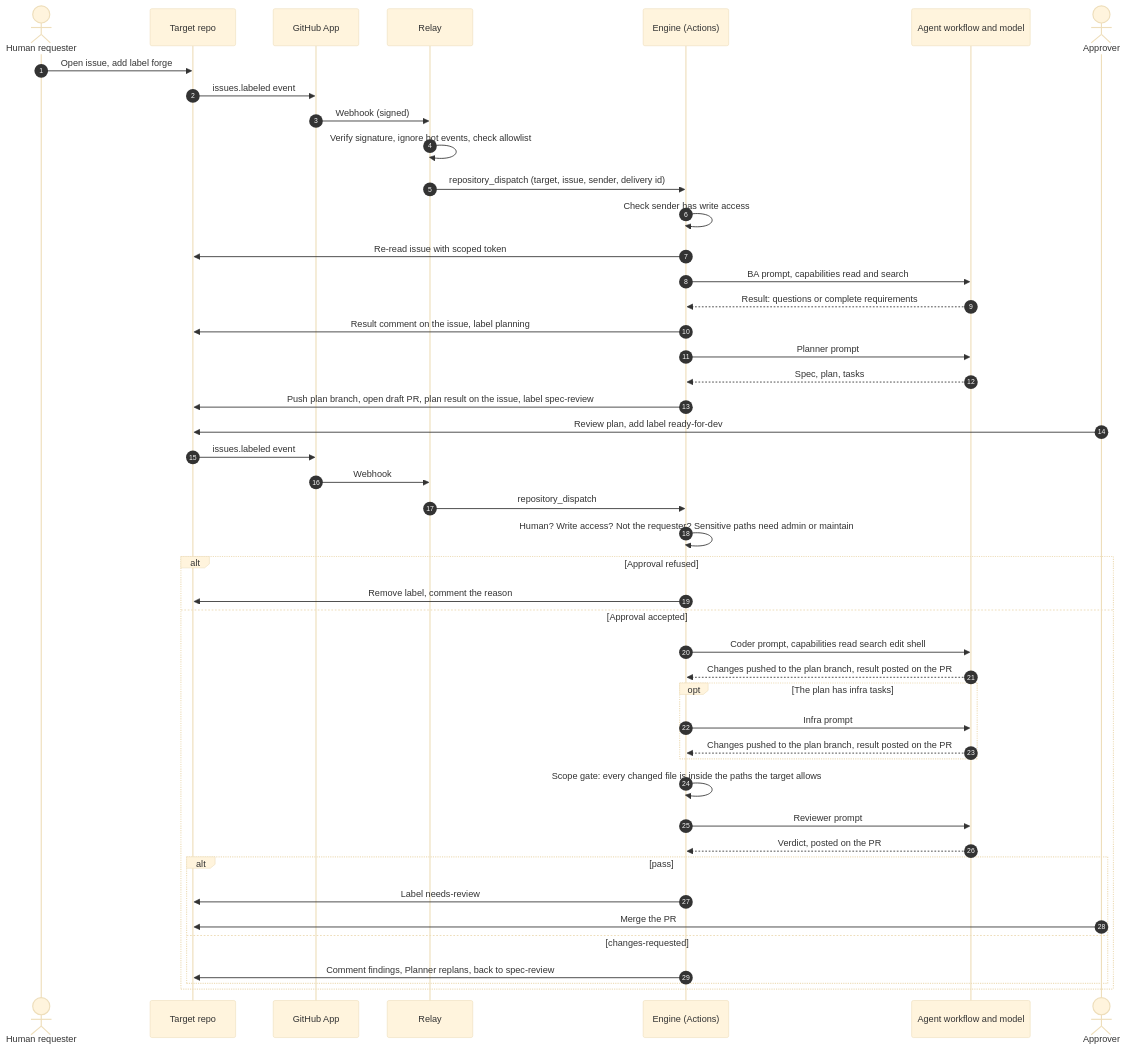
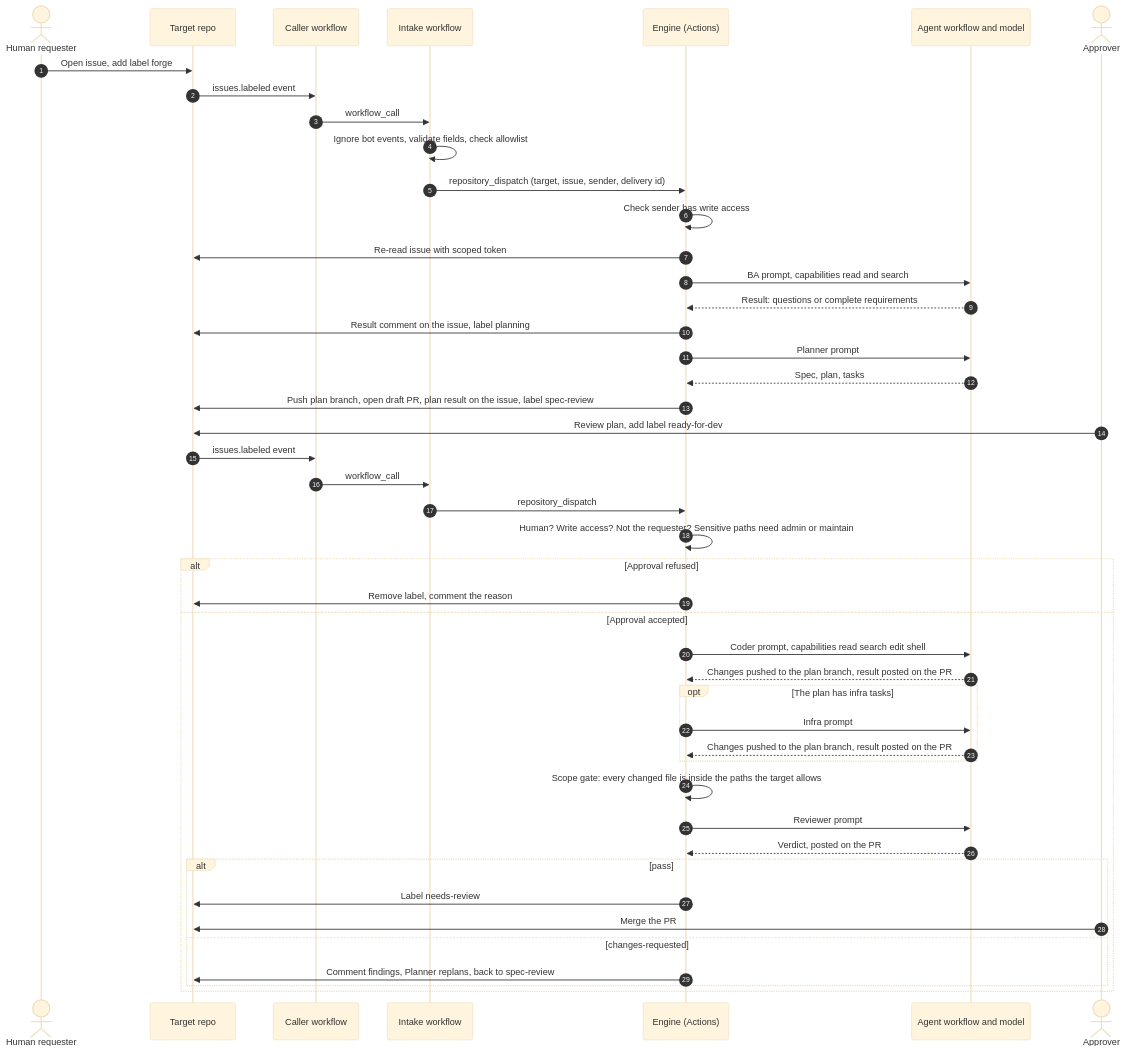
The second of 3 diagrams in README.md (LuisiitoDev/agentic-forge), drawn with Mermaid (base theme) before and after one commit. The commit also changed other lines of this file and 10 other files, not shown here.

````diff
--- a/README.md
+++ b/README.md
@@ -52,51 +54,51 @@
 ```mermaid
 sequenceDiagram
     autonumber
     actor H as Human requester
     participant T as Target repo
-    participant A as GitHub App
-    participant R as Relay
+    participant C as Caller workflow
+    participant R as Intake workflow
     participant E as Engine (Actions)
     participant M as Agent workflow and model
     actor O as Approver
 
     H->>T: Open issue, add label forge
-    T->>A: issues.labeled event
-    A->>R: Webhook (signed)
-    R->>R: Verify signature, ignore bot events, check allowlist
+    T->>C: issues.labeled event
+    C->>R: workflow_call
+    R->>R: Ignore bot events, validate fields, check allowlist
     R->>E: repository_dispatch (target, issue, sender, delivery id)
     E->>E: Check sender has write access
     E->>T: Re-read issue with scoped token
     E->>M: BA prompt, capabilities read and search
     M-->>E: Result: questions or complete requirements
     E->>T: Result comment on the issue, label planning
 
     E->>M: Planner prompt
     M-->>E: Spec, plan, tasks
     E->>T: Push plan branch, open draft PR, plan result on the issue, label spec-review
 
     O->>T: Review plan, add label ready-for-dev
-    T->>A: issues.labeled event
-    A->>R: Webhook
+    T->>C: issues.labeled event
+    C->>R: workflow_call
     R->>E: repository_dispatch
     E->>E: Human? Write access? Not the requester? Sensitive paths need admin or maintain
     alt Approval refused
         E->>T: Remove label, comment the reason
     else Approval accepted
         E->>M: Coder prompt, capabilities read search edit shell
         M-->>E: Changes pushed to the plan branch, result posted on the PR
         opt The plan has infra tasks
             E->>M: Infra prompt
             M-->>E: Changes pushed to the plan branch, result posted on the PR
         end
         E->>E: Scope gate: every changed file is inside the paths the target allows
         E->>M: Reviewer prompt
         M-->>E: Verdict, posted on the PR
         alt pass
             E->>T: Label needs-review
             O->>T: Merge the PR
         else changes-requested
             E->>T: Comment findings, Planner replans, back to spec-review
         end
     end
 ```
````
